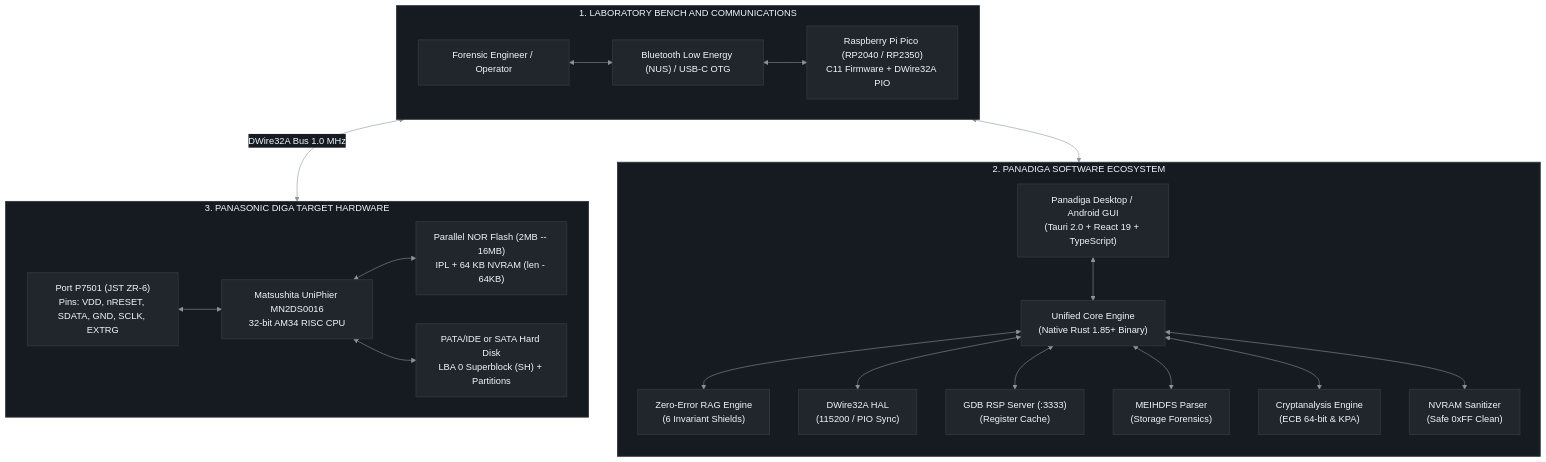
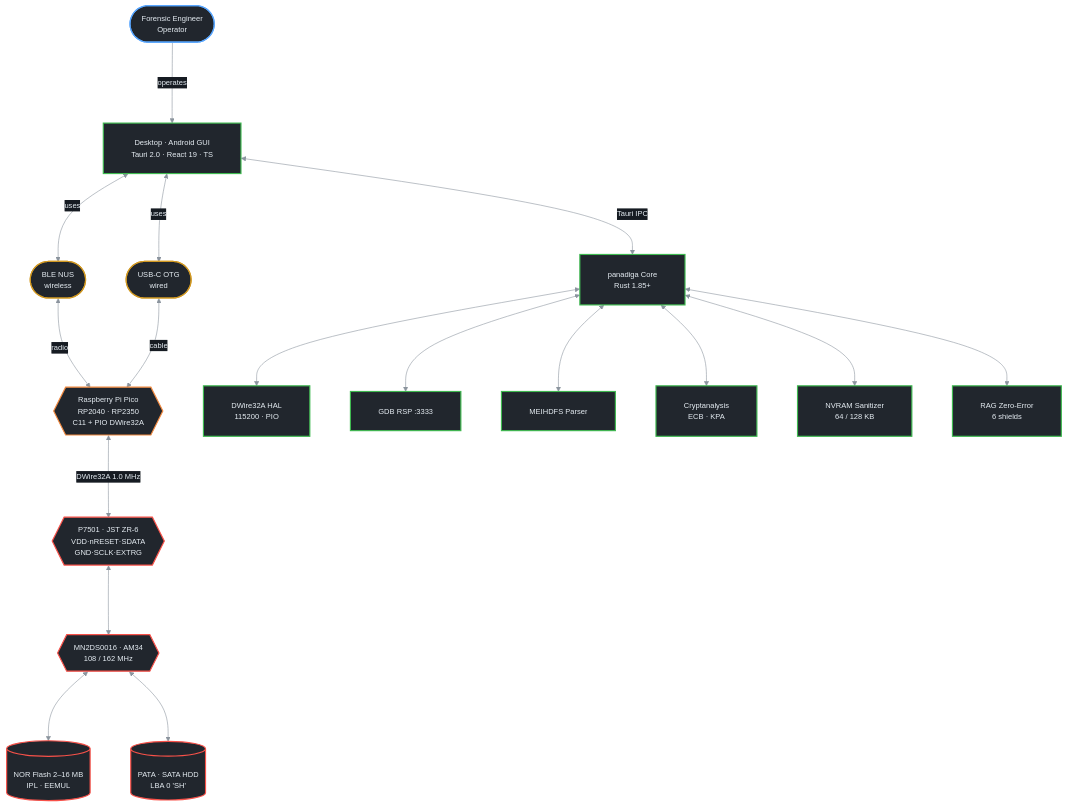
The diagram in README.md (danielchrono/Panadiga), drawn with Mermaid before and after one commit. The commit also changed other lines of this file and 2 other files, not shown here.

Commit message:
docs: update system architecture diagrams and image paths in READMEs and add schematic generator tool

````diff
--- a/README.md
+++ b/README.md
@@ -41,69 +41,59 @@
 ```mermaid
-%%{init: {
-  'theme': 'base',
-  'themeVariables': {
-    'background': '#161b22',
-    'primaryColor': '#21262d',
-    'primaryTextColor': '#f0f6fc',
-    'primaryBorderColor': '#30363d',
-    'lineColor': '#8b949e',
-    'secondaryColor': '#21262d',
-    'tertiaryColor': '#21262d',
-    'clusterBkg': '#161b22',
-    'clusterBorder': '#30363d',
-    'defaultLinkColor': '#8b949e',
-    'titleColor': '#f0f6fc',
-    'edgeLabelBackground': '#161b22'
-  }
-}}%%
-flowchart TD
-    subgraph LAB_BENCH["1. LABORATORY BENCH AND COMMUNICATIONS"]
-        direction LR
-        USER["Forensic Engineer / Operator"]
-        BLE["Bluetooth Low Energy (NUS) / USB-C OTG"]
-        PICO["Raspberry Pi Pico (RP2040 / RP2350)<br/>C11 Firmware + DWire32A PIO"]
-        USER <--> BLE <--> PICO
-    end
+%%{init: {'theme':'base','themeVariables':{'fontFamily':'ui-monospace, SFMono-Regular, Menlo, monospace','fontSize':'13px','background':'#161b22','primaryColor':'#21262d','primaryTextColor':'#e6edf3','primaryBorderColor':'#484f58','lineColor':'#8b949e','secondaryColor':'#21262d','tertiaryColor':'#21262d','edgeLabelBackground':'#161b22','titleColor':'#e6edf3'},'flowchart':{'nodeSpacing':70,'rankSpacing':120,'curve':'basis','padding':24}}}%%
+flowchart TB
+    USER(["Forensic Engineer<br/>Operator"])
 
-    subgraph SOFTWARE_SUITE["2. PANADIGA SOFTWARE ECOSYSTEM"]
-        direction TB
-        GUI["Panadiga Desktop / Android GUI<br/>(Tauri 2.0 + React 19 + TypeScript)"]
-        CLI["Unified Core Engine<br/>(Native Rust 1.85+ Binary)"]
-        GUI <--> CLI
+    GUI["Desktop · Android GUI<br/>Tauri 2.0 · React 19 · TS"]
 
-        RAG["Zero-Error RAG Engine<br/>(6 Invariant Shields)"]
-        DW_HAL["DWire32A HAL<br/>(115200 / PIO Sync)"]
-        GDB_SRV["GDB RSP Server (:3333)<br/>(Register Cache)"]
-        MEIHDFS["MEIHDFS Parser<br/>(Storage Forensics)"]
-        CRYPTO["Cryptanalysis Engine<br/>(ECB 64-bit & KPA)"]
-        NVRAM["NVRAM Sanitizer<br/>(Safe 0xFF Clean)"]
+    BLE(["BLE NUS<br/>wireless"])
+    USB(["USB-C OTG<br/>wired"])
 
-        CLI <--> RAG
-        CLI <--> DW_HAL
-        CLI <--> GDB_SRV
-        CLI <--> MEIHDFS
-        CLI <--> CRYPTO
-        CLI <--> NVRAM
-    end
+    PICO{{"Raspberry Pi Pico<br/>RP2040 · RP2350<br/>C11 + PIO DWire32A"}}
 
-    subgraph TARGET_HARDWARE["3. PANASONIC DIGA TARGET HARDWARE"]
-        direction LR
-        P7501["Port P7501 (JST ZR-6)<br/>Pins: VDD, nRESET, SDATA, GND, SCLK, EXTRG"]
-        AM34["Matsushita UniPhier MN2DS0016<br/>32-bit AM34 RISC CPU"]
-        FLASH["Parallel NOR Flash (2MB -- 16MB)<br/>IPL + 64 KB NVRAM (len - 64KB)"]
-        HDD["PATA/IDE or SATA Hard Disk<br/>LBA 0 Superblock (SH) + Partitions"]
-        P7501 <--> AM34
-        AM34 <--> FLASH
-        AM34 <--> HDD
-    end
+    CLI["panadiga Core<br/>Rust 1.85+"]
 
-    PICO <-->|"DWire32A Bus 1.0 MHz"| P7501
-    BLE <--> GUI
+    P7501{{"P7501 · JST ZR-6<br/>VDD·nRESET·SDATA<br/>GND·SCLK·EXTRG"}}
 
-    style LAB_BENCH fill:#161b22,stroke:#30363d,stroke-width:1.5px,color:#f0f6fc
-    style SOFTWARE_SUITE fill:#161b22,stroke:#30363d,stroke-width:1.5px,color:#f0f6fc
-    style TARGET_HARDWARE fill:#161b22,stroke:#30363d,stroke-width:1.5px,color:#f0f6fc
+    DW_HAL["DWire32A HAL<br/>115200 · PIO"]
+    GDB_SRV["GDB RSP :3333"]
+    MEIHDFS["MEIHDFS Parser"]
+    CRYPTO["Cryptanalysis<br/>ECB · KPA"]
+    NVRAM["NVRAM Sanitizer<br/>64 / 128 KB"]
+    RAG["RAG Zero-Error<br/>6 shields"]
 
-    classDef greyBox fill:#21262d,stroke:#30363d,color:#f0f6fc,stroke-width:1.5px;
-    class USER,BLE,PICO,GUI,CLI,RAG,DW_HAL,GDB_SRV,MEIHDFS,CRYPTO,NVRAM,P7501,AM34,FLASH,HDD greyBox;
+    AM34{{"MN2DS0016 · AM34<br/>108 / 162 MHz"}}
+    FLASH[("NOR Flash 2–16 MB<br/>IPL · EEMUL")]
+    HDD[("PATA · SATA HDD<br/>LBA 0 'SH'")]
+
+    USER --> |"operates"| GUI
+
+    GUI <--> |"uses"| BLE
+    GUI <--> |"uses"| USB
+    BLE <--> |"radio"| PICO
+    USB <--> |"cable"| PICO
+
+    GUI <--> |"Tauri IPC"| CLI
+    CLI <--> DW_HAL
+    CLI <--> GDB_SRV
+    CLI <--> MEIHDFS
+    CLI <--> CRYPTO
+    CLI <--> NVRAM
+    CLI <--> RAG
+
+    PICO <--> |"DWire32A 1.0 MHz"| P7501
+    P7501 <--> AM34
+    AM34 <--> FLASH
+    AM34 <--> HDD
+
+    classDef lab       fill:#21262d,stroke:#58a6ff,color:#e6edf3,stroke-width:2px
+    classDef transport fill:#21262d,stroke:#d29922,color:#e6edf3,stroke-width:2px
+    classDef probe     fill:#21262d,stroke:#f0883e,color:#e6edf3,stroke-width:2px
+    classDef sw        fill:#21262d,stroke:#3fb950,color:#e6edf3,stroke-width:2px
+    classDef tgt       fill:#21262d,stroke:#f85149,color:#e6edf3,stroke-width:2px
+
+    class USER lab
+    class GUI,CLI,DW_HAL,GDB_SRV,MEIHDFS,CRYPTO,NVRAM,RAG sw
+    class BLE,USB transport
+    class PICO probe
+    class P7501,AM34,FLASH,HDD tgt
 ```
````
